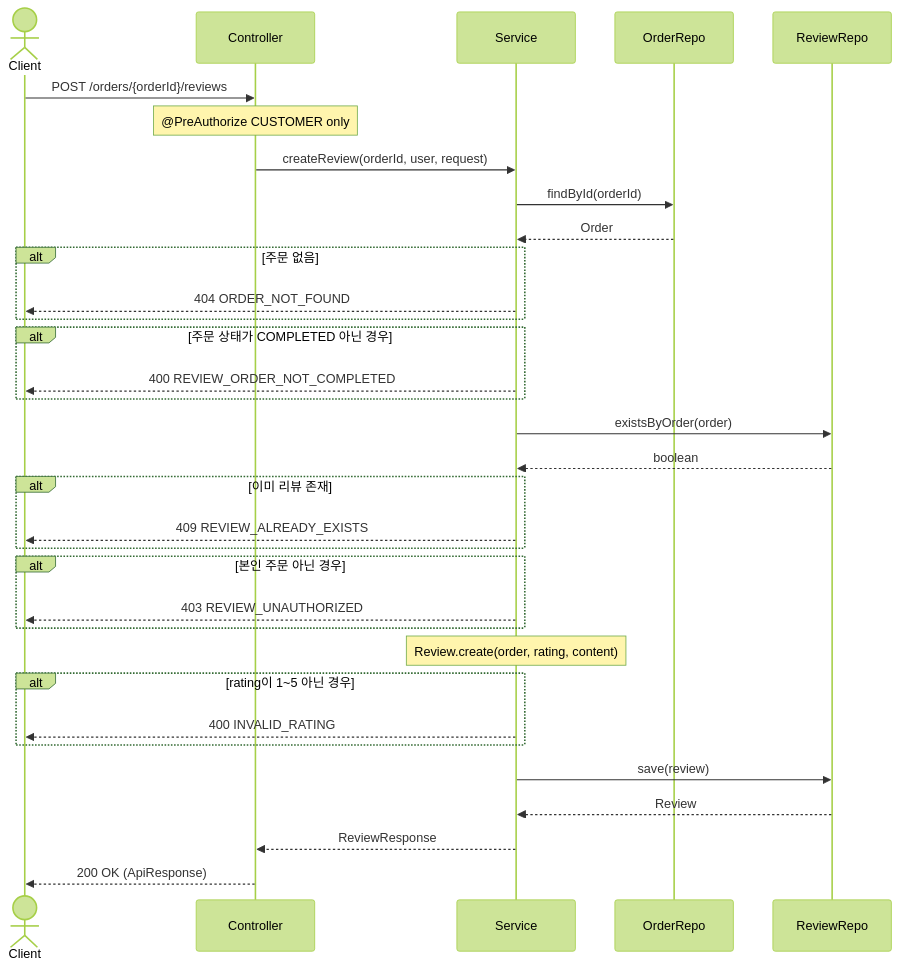
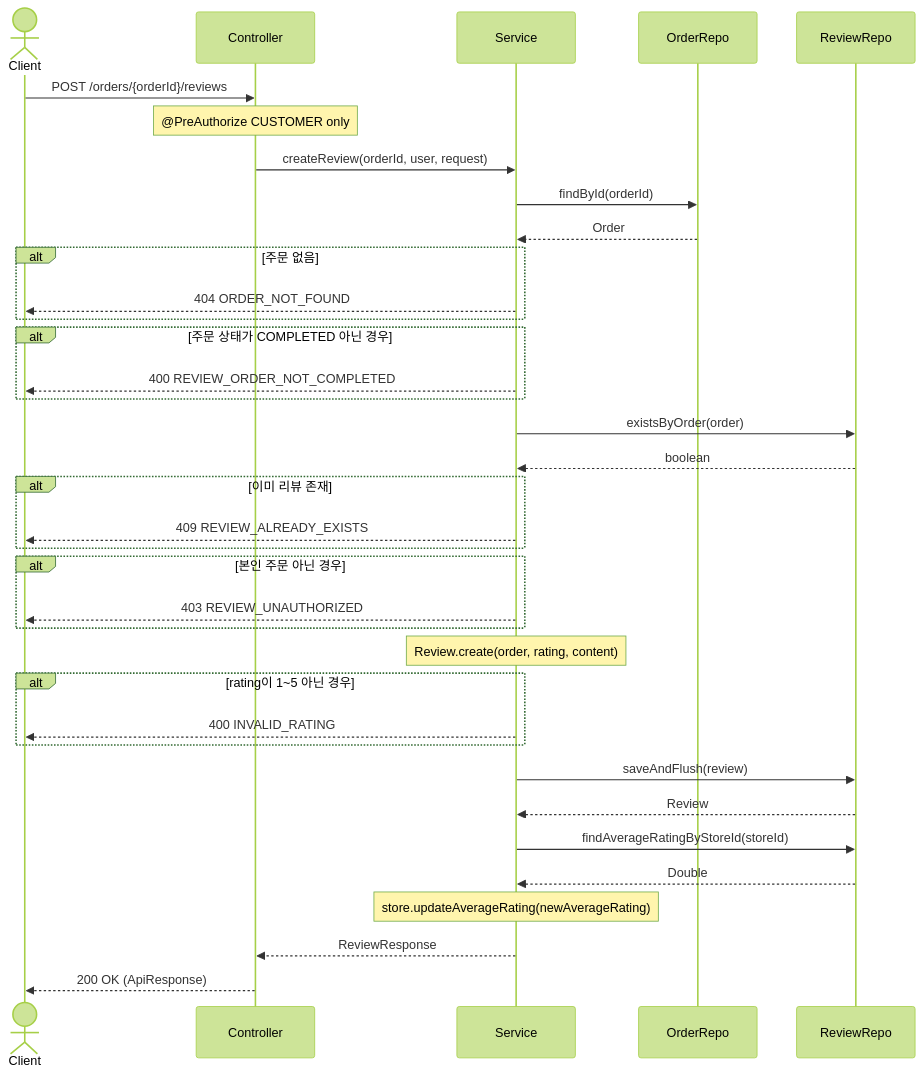
The diagram in docs/sequence/review/review-create.md (wlsdlf2/delivery-order-platform), drawn with Mermaid (forest theme) before and after one commit. The commit also changed 2 other files, not shown here.

Commit message:
fix: 가게 평점 계산 로직 반영하여 리뷰 CUD 시퀀스 다이어그램 수정

````diff
--- a/docs/sequence/review/review-create.md
+++ b/docs/sequence/review/review-create.md
@@ -7,47 +7,52 @@
 ```mermaid
 sequenceDiagram
     actor Client
     participant Controller
     participant Service
     participant OrderRepo
     participant ReviewRepo
 
     Client->>Controller: POST /orders/{orderId}/reviews
     Note over Controller: @PreAuthorize CUSTOMER only
 
     Controller->>Service: createReview(orderId, user, request)
 
     Service->>OrderRepo: findById(orderId)
     OrderRepo-->>Service: Order
 
     alt 주문 없음
         Service-->>Client: 404 ORDER_NOT_FOUND
     end
 
     alt 주문 상태가 COMPLETED 아닌 경우
         Service-->>Client: 400 REVIEW_ORDER_NOT_COMPLETED
     end
 
     Service->>ReviewRepo: existsByOrder(order)
     ReviewRepo-->>Service: boolean
 
     alt 이미 리뷰 존재
         Service-->>Client: 409 REVIEW_ALREADY_EXISTS
     end
 
     alt 본인 주문 아닌 경우
         Service-->>Client: 403 REVIEW_UNAUTHORIZED
     end
 
     Note over Service: Review.create(order, rating, content)
 
     alt rating이 1~5 아닌 경우
         Service-->>Client: 400 INVALID_RATING
     end
 
-    Service->>ReviewRepo: save(review)
+    Service->>ReviewRepo: saveAndFlush(review)
     ReviewRepo-->>Service: Review
+
+    Service->>ReviewRepo: findAverageRatingByStoreId(storeId)
+    ReviewRepo-->>Service: Double
+
+    Note over Service: store.updateAverageRating(newAverageRating)
 
     Service-->>Controller: ReviewResponse
     Controller-->>Client: 200 OK (ApiResponse)
 ```
````
